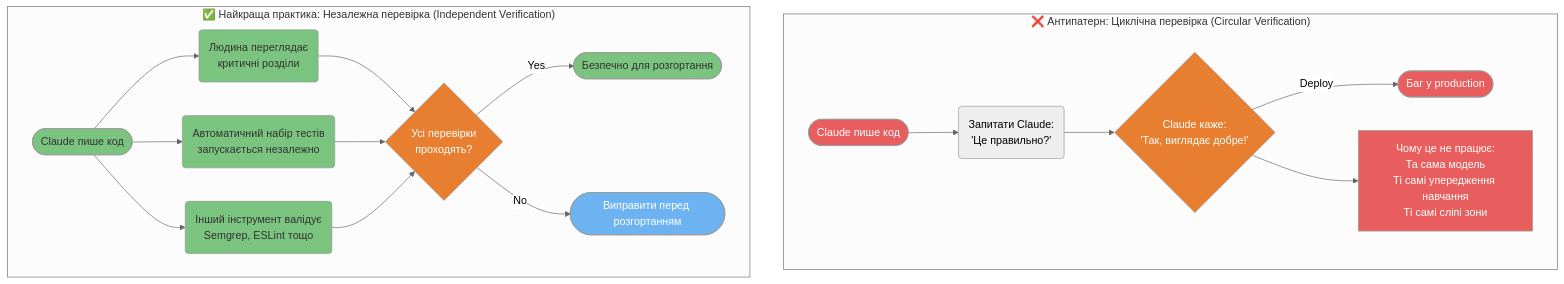
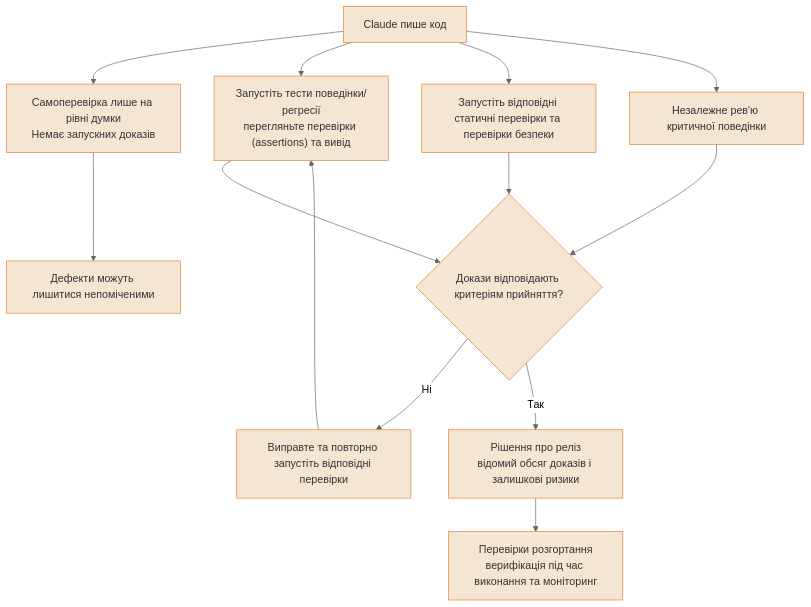
One commit to sermers-cyber/claude-code-ultimate-guide-ua changed the third of 4 diagrams in guide/diagrams/08-security-and-production.uk.md. Above: the diagram before and after it, drawn with Mermaid (neutral theme). The commit also changed other lines of this file and 80 other files, not shown here.

````diff
--- a/guide/diagrams/08-security-and-production.uk.md
+++ b/guide/diagrams/08-security-and-production.uk.md
@@ -174,42 +142,26 @@
 ```mermaid
 flowchart TD
-    subgraph BAD["❌ Антипатерн: Циклічна перевірка (Circular Verification)"]
-        BA([Claude пише код]) --> BB(Запитати Claude:<br/>'Це правильно?')
-        BB --> BC{Claude каже:<br/>'Так, виглядає добре!'}
-        BC -->|Deploy| BD([Баг у production])
-        BC --> BE["Чому це не працює:<br/>Та сама модель<br/>Ті самі упередження навчання<br/>Ті самі сліпі зони"]
-        style BA fill:#E85D5D,color:#fff
-        style BD fill:#E85D5D,color:#fff
-        style BE fill:#E85D5D,color:#fff
-        style BC fill:#E87E2F,color:#fff
-    end
-
-    subgraph GOOD["✅ Найкраща практика: Незалежна перевірка (Independent Verification)"]
-        GA([Claude пише код]) --> GB(Людина переглядає<br/>критичні розділи)
-        GA --> GC(Автоматичний набір тестів<br/>запускається незалежно)
-        GA --> GD(Інший інструмент валідує<br/>Semgrep, ESLint тощо)
-        GB & GC & GD --> GE{Усі перевірки<br/>проходять?}
-        GE -->|Yes| GF([Безпечно для розгортання])
-        GE -->|No| GG([Виправити перед розгортанням])
-        style GA fill:#7BC47F,color:#333
-        style GB fill:#7BC47F,color:#333
-        style GC fill:#7BC47F,color:#333
-        style GD fill:#7BC47F,color:#333
-        style GF fill:#7BC47F,color:#333
-        style GE fill:#E87E2F,color:#fff
-        style GG fill:#6DB3F2,color:#fff
-    end
-
-    click BA href "https://github.com/gerasimsergey/claude-code-ultimate-guide-ua/blob/main/guide/security/production-safety.md" "Claude writes code (anti-pattern)"
-    click BB href "https://github.com/gerasimsergey/claude-code-ultimate-guide-ua/blob/main/guide/security/production-safety.md" "Ask Claude to verify"
-    click BC href "https://github.com/gerasimsergey/claude-code-ultimate-guide-ua/blob/main/guide/security/production-safety.md" "Claude says looks good"
-    click BD href "https://github.com/gerasimsergey/claude-code-ultimate-guide-ua/blob/main/guide/security/production-safety.md" "Bug in production"
-    click BE href "https://github.com/gerasimsergey/claude-code-ultimate-guide-ua/blob/main/guide/security/production-safety.md" "Why it fails"
-    click GA href "https://github.com/gerasimsergey/claude-code-ultimate-guide-ua/blob/main/guide/security/production-safety.md" "Claude writes code (best practice)"
-    click GB href "https://github.com/gerasimsergey/claude-code-ultimate-guide-ua/blob/main/guide/security/production-safety.md" "Human reviews critical sections"
-    click GC href "https://github.com/gerasimsergey/claude-code-ultimate-guide-ua/blob/main/guide/security/production-safety.md" "Automated test suite"
-    click GD href "https://github.com/gerasimsergey/claude-code-ultimate-guide-ua/blob/main/guide/security/production-safety.md" "Different tool validates"
-    click GE href "https://github.com/gerasimsergey/claude-code-ultimate-guide-ua/blob/main/guide/security/production-safety.md" "All checks pass?"
-    click GF href "https://github.com/gerasimsergey/claude-code-ultimate-guide-ua/blob/main/guide/security/production-safety.md" "Safe to deploy"
-    click GG href "https://github.com/gerasimsergey/claude-code-ultimate-guide-ua/blob/main/guide/security/production-safety.md" "Fix before deploy"
+    CODE["Claude пише код"] --> OPINION["Самоперевірка лише на рівні думки<br/>Немає запускних доказів"]
+    OPINION --> RISK["Дефекти можуть лишитися непоміченими"]
+    CODE --> TEST["Запустіть тести поведінки/регресії<br/>перегляньте перевірки (assertions) та вивід"]
+    CODE --> STATIC["Запустіть відповідні статичні перевірки та перевірки безпеки"]
+    CODE --> HUMAN["Незалежне рев'ю критичної поведінки"]
+    TEST --> GATE{"Докази відповідають критеріям прийняття?"}
+    STATIC --> GATE
+    HUMAN --> GATE
+    GATE -->|Ні| FIX["Виправте та повторно запустіть відповідні перевірки"]
+    FIX --> TEST
+    GATE -->|Так| RELEASE["Рішення про реліз<br/>відомий обсяг доказів і залишкові ризики"]
+    RELEASE --> RUNTIME["Перевірки розгортання<br/>верифікація під час виконання та моніторинг"]
+    classDef default fill:#F5E6D3,color:#333,stroke:#E87E2F
+    click CODE href "https://github.com/gerasimsergey/claude-code-ultimate-guide-ua/blob/main/guide/security/production-safety.uk.md" "Переглянути цей патерн у посібнику"
+    click OPINION href "https://github.com/gerasimsergey/claude-code-ultimate-guide-ua/blob/main/guide/security/production-safety.uk.md" "Переглянути цей патерн у посібнику"
+    click RISK href "https://github.com/gerasimsergey/claude-code-ultimate-guide-ua/blob/main/guide/security/production-safety.uk.md" "Переглянути цей патерн у посібнику"
+    click TEST href "https://github.com/gerasimsergey/claude-code-ultimate-guide-ua/blob/main/guide/security/production-safety.uk.md" "Переглянути цей патерн у посібнику"
+    click STATIC href "https://github.com/gerasimsergey/claude-code-ultimate-guide-ua/blob/main/guide/security/production-safety.uk.md" "Переглянути цей патерн у посібнику"
+    click HUMAN href "https://github.com/gerasimsergey/claude-code-ultimate-guide-ua/blob/main/guide/security/production-safety.uk.md" "Переглянути цей патерн у посібнику"
+    click GATE href "https://github.com/gerasimsergey/claude-code-ultimate-guide-ua/blob/main/guide/security/production-safety.uk.md" "Переглянути цей патерн у посібнику"
+    click FIX href "https://github.com/gerasimsergey/claude-code-ultimate-guide-ua/blob/main/guide/security/production-safety.uk.md" "Переглянути цей патерн у посібнику"
+    click RELEASE href "https://github.com/gerasimsergey/claude-code-ultimate-guide-ua/blob/main/guide/security/production-safety.uk.md" "Переглянути цей патерн у посібнику"
+    click RUNTIME href "https://github.com/gerasimsergey/claude-code-ultimate-guide-ua/blob/main/guide/security/production-safety.uk.md" "Переглянути цей патерн у посібнику"
 ```
````
